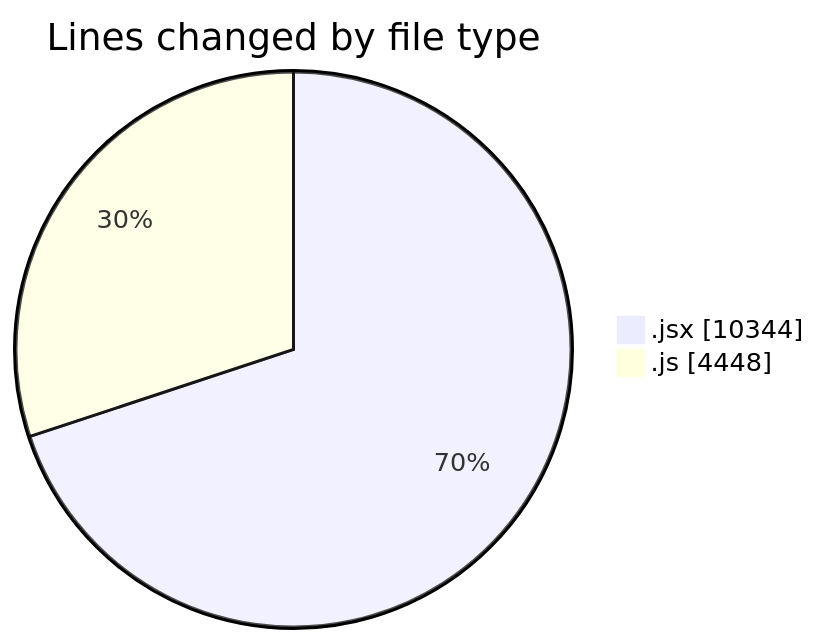
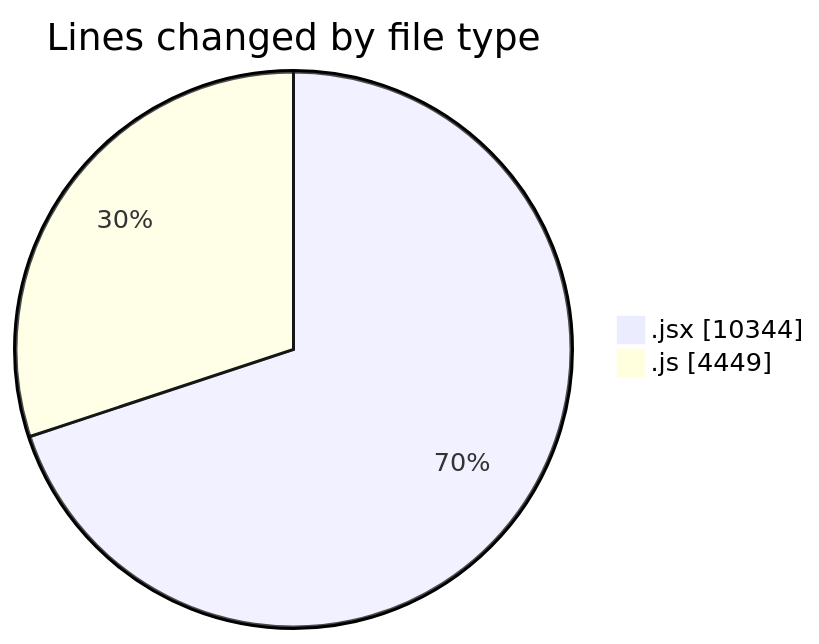
The first of 2 diagrams in 2025-09-23/nxtqube_webapp/README.md (nxtqubesakshisongat/code-tracking), drawn with Mermaid before and after one commit. The commit also changed other lines of this file and 1 other file, not shown here.

````diff
--- a/2025-09-23/nxtqube_webapp/README.md
+++ b/2025-09-23/nxtqube_webapp/README.md
@@ -24,6 +24,6 @@
 ```mermaid
 pie showData
 title Lines changed by file type
 ".jsx" : 10344
-".js" : 4448
+".js" : 4449
 ```
````
